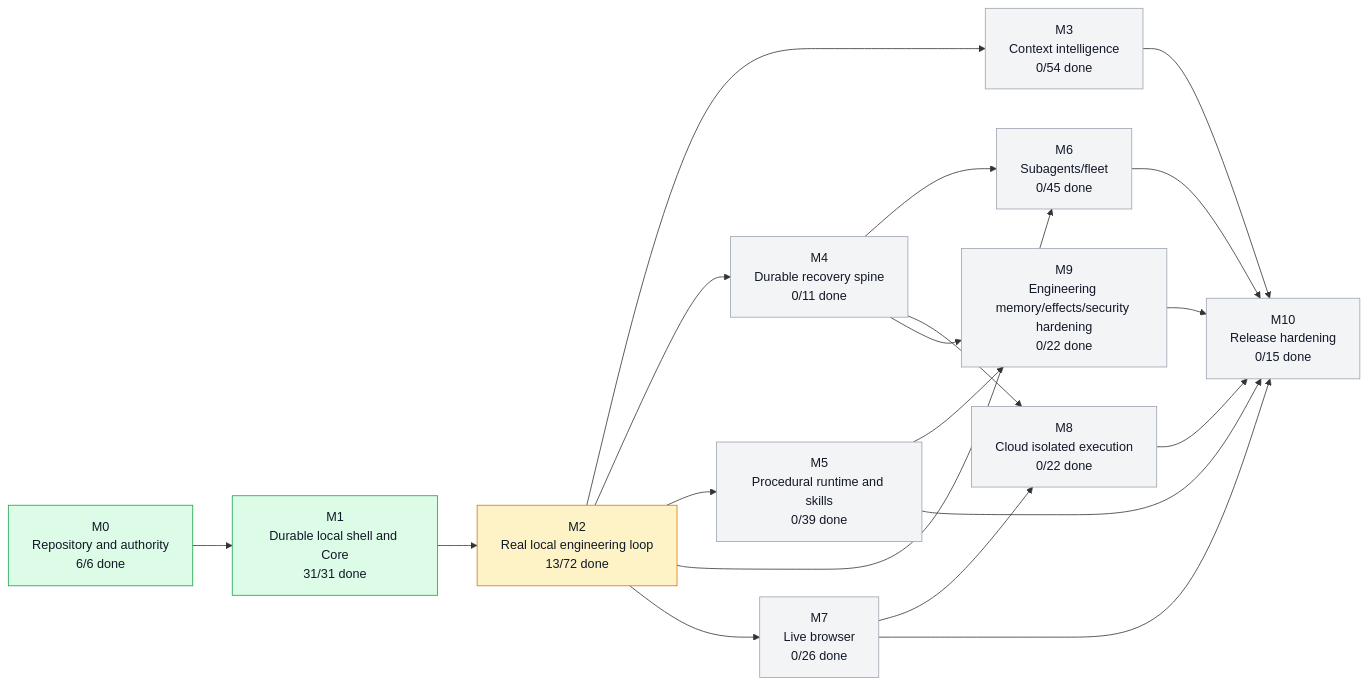
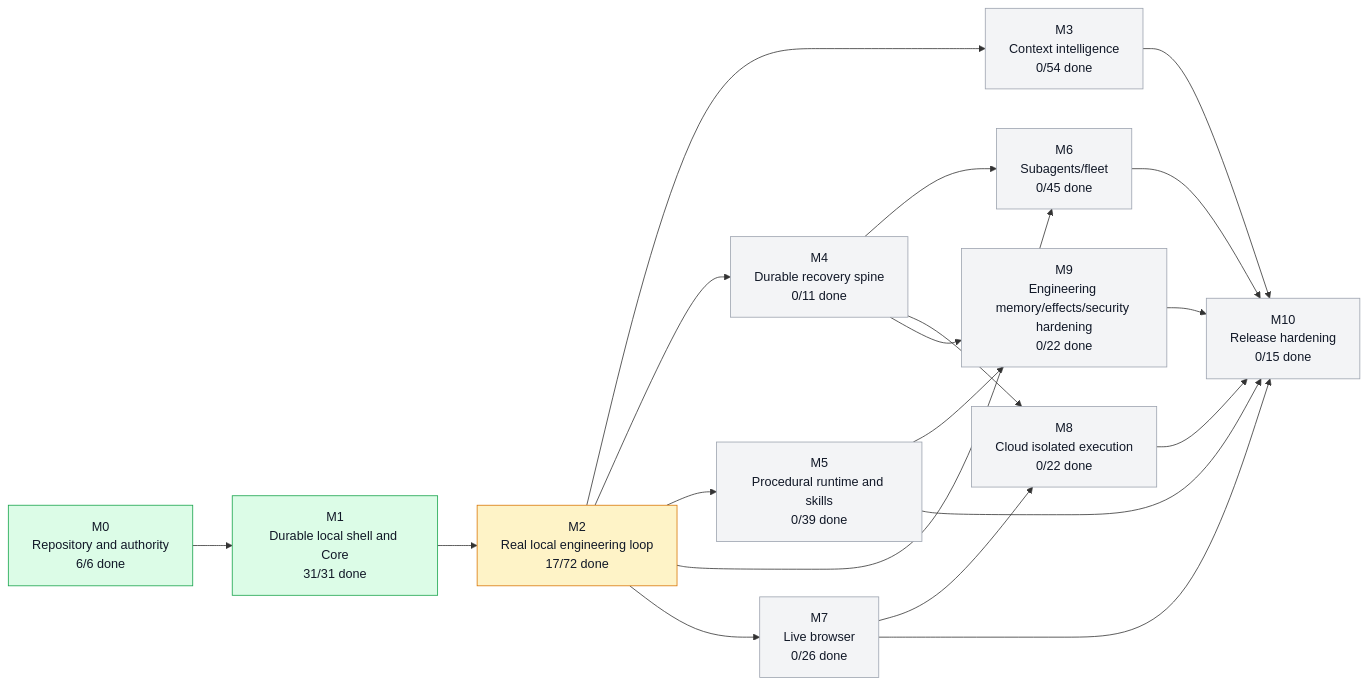
One commit to moss101/zmodbit changed the first of 3 diagrams in graph/PROJECT_GRAPH.md. Above: the diagram before and after it, drawn with Mermaid. The commit also changed other lines of this file and 3 other files, not shown here.

````diff
--- a/graph/PROJECT_GRAPH.md
+++ b/graph/PROJECT_GRAPH.md
@@ -43,43 +43,43 @@
 ```mermaid
 flowchart LR
   M0["M0<br/>Repository and authority<br/>6/6 done"]
   M1["M1<br/>Durable local shell and Core<br/>31/31 done"]
-  M2["M2<br/>Real local engineering loop<br/>13/72 done"]
+  M2["M2<br/>Real local engineering loop<br/>17/72 done"]
   M3["M3<br/>Context intelligence<br/>0/54 done"]
   M4["M4<br/>Durable recovery spine<br/>0/11 done"]
   M5["M5<br/>Procedural runtime and skills<br/>0/39 done"]
   M6["M6<br/>Subagents/fleet<br/>0/45 done"]
   M7["M7<br/>Live browser<br/>0/26 done"]
   M8["M8<br/>Cloud isolated execution<br/>0/22 done"]
   M9["M9<br/>Engineering memory/effects/security hardening<br/>0/22 done"]
   M10["M10<br/>Release hardening<br/>0/15 done"]
   M0 --> M1
   M1 --> M2
   M2 --> M3
   M2 --> M4
   M2 --> M5
   M2 --> M6
   M4 --> M6
   M2 --> M7
   M4 --> M8
   M7 --> M8
   M4 --> M9
   M5 --> M9
   M3 --> M10
   M5 --> M10
   M6 --> M10
   M7 --> M10
   M8 --> M10
   M9 --> M10
   style M0 fill:#dcfce7,stroke:#16a34a,color:#111827
   style M1 fill:#dcfce7,stroke:#16a34a,color:#111827
   style M2 fill:#fef3c7,stroke:#d97706,color:#111827
   style M3 fill:#f3f4f6,stroke:#9ca3af,color:#111827
   style M4 fill:#f3f4f6,stroke:#9ca3af,color:#111827
   style M5 fill:#f3f4f6,stroke:#9ca3af,color:#111827
   style M6 fill:#f3f4f6,stroke:#9ca3af,color:#111827
   style M7 fill:#f3f4f6,stroke:#9ca3af,color:#111827
   style M8 fill:#f3f4f6,stroke:#9ca3af,color:#111827
   style M9 fill:#f3f4f6,stroke:#9ca3af,color:#111827
   style M10 fill:#f3f4f6,stroke:#9ca3af,color:#111827
 ```
````
